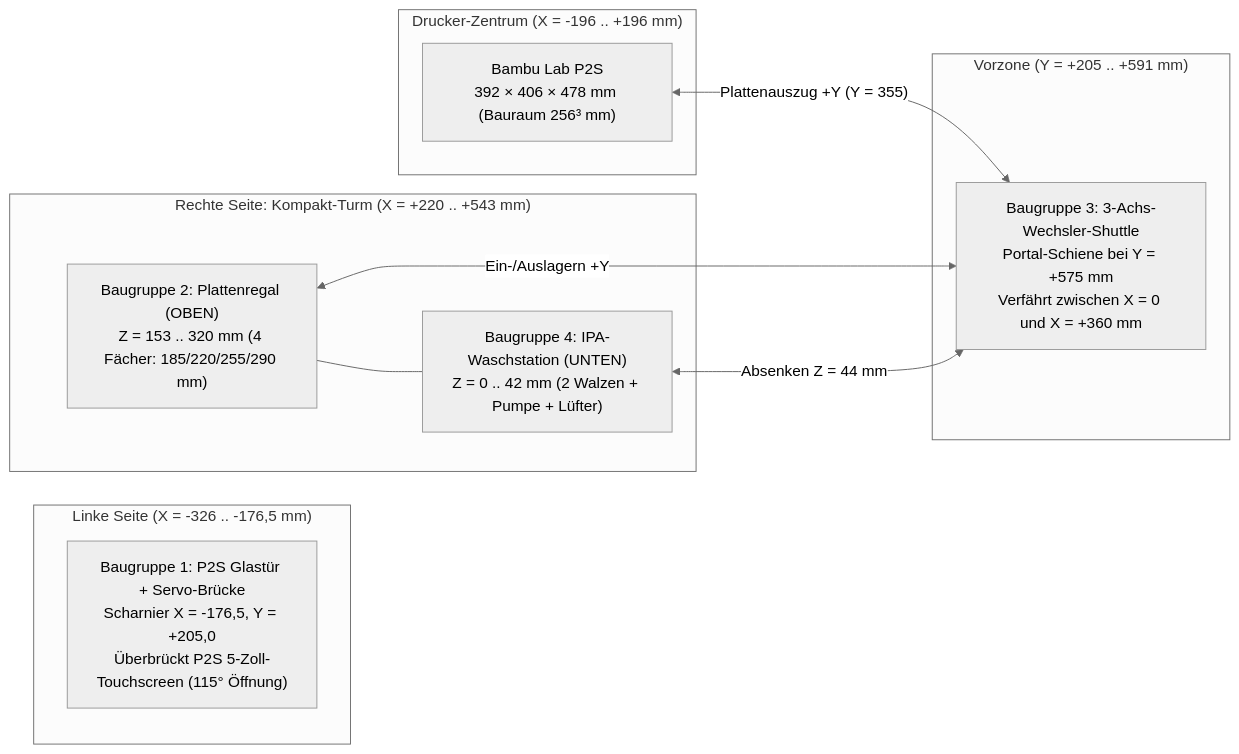
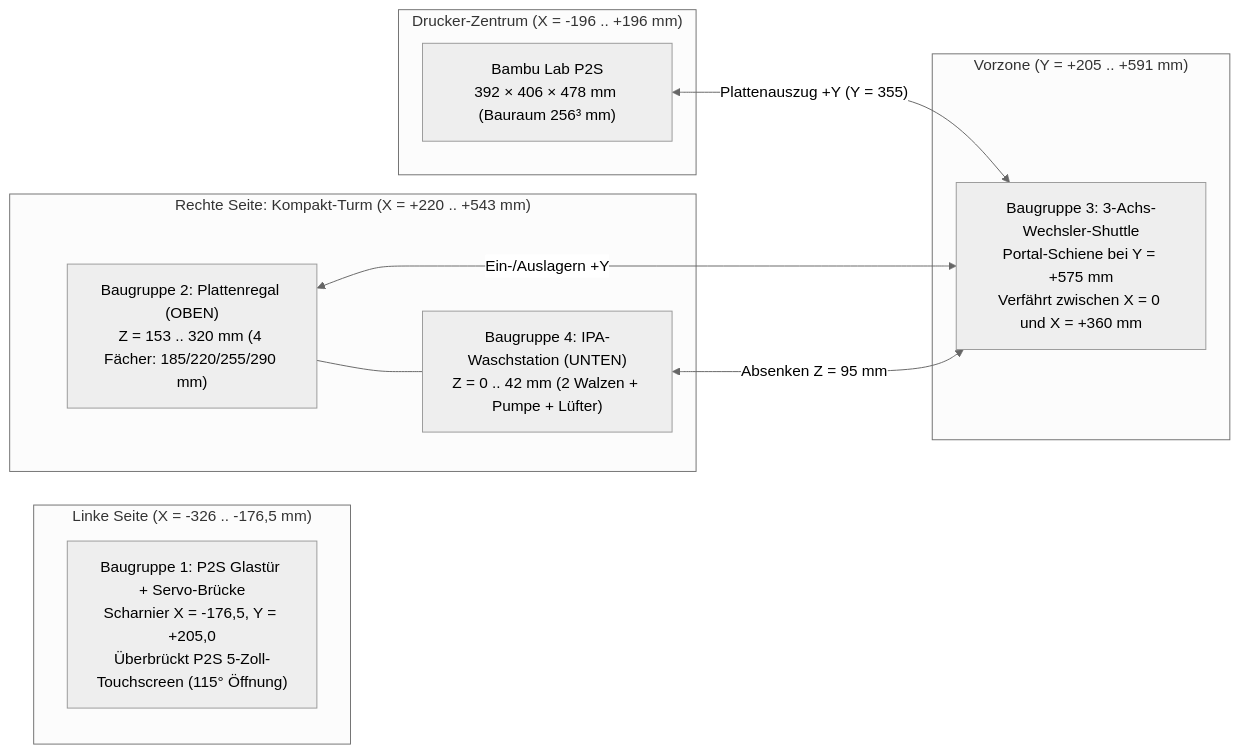
Before and after one commit to Luk1236/printlab: the diagram in werkzeuge/automation_hardware/TUER_MAGAZIN_WASCHSTATION.md, drawn with Mermaid (neutral theme). The commit also changed other lines of this file and 12 other files, not shown here.

````diff
--- a/werkzeuge/automation_hardware/TUER_MAGAZIN_WASCHSTATION.md
+++ b/werkzeuge/automation_hardware/TUER_MAGAZIN_WASCHSTATION.md
@@ -27,20 +27,20 @@
 ```mermaid
 flowchart LR
     subgraph LINKS["Linke Seite (X = -326 .. -176,5 mm)"]
         D["Baugruppe 1: P2S Glastür + Servo-Brücke\nScharnier X = -176,5, Y = +205,0\nÜberbrückt P2S 5-Zoll-Touchscreen (115° Öffnung)"]
     end
     subgraph MITTE["Drucker-Zentrum (X = -196 .. +196 mm)"]
         P["Bambu Lab P2S\n392 × 406 × 478 mm (Bauraum 256³ mm)"]
     end
     subgraph RECHTS["Rechte Seite: Kompakt-Turm (X = +220 .. +543 mm)"]
         M["Baugruppe 2: Plattenregal (OBEN)\nZ = 153 .. 320 mm (4 Fächer: 185/220/255/290 mm)"]
         W["Baugruppe 4: IPA-Waschstation (UNTEN)\nZ = 0 .. 42 mm (2 Walzen + Pumpe + Lüfter)"]
         M --- W
     end
     subgraph VORNE["Vorzone (Y = +205 .. +591 mm)"]
         S["Baugruppe 3: 3-Achs-Wechsler-Shuttle\nPortal-Schiene bei Y = +575 mm\nVerfährt zwischen X = 0 und X = +360 mm"]
     end
     P <-->|"Plattenauszug +Y (Y = 355)"| S
     M <-->|"Ein-/Auslagern +Y"| S
-    W <-->|"Absenken Z = 44 mm"| S
+    W <-->|"Absenken Z = 95 mm"| S
 ```
````
